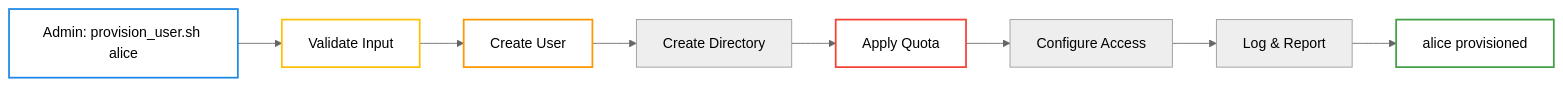
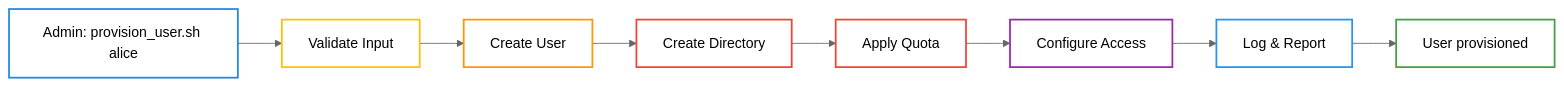
One commit to aaronwittchen/Automated-Storage-Provisioning-Tool changed the fifth of 7 diagrams in docs/architecture.md. Above: the diagram before and after it, drawn with Mermaid (neutral theme). The commit also changed other lines of this file, not shown here.

First line of the commit message:
Refactor architecture documentation for clarity

````diff
--- a/docs/architecture.md
+++ b/docs/architecture.md
@@ -329,16 +270,19 @@
 ```mermaid
 graph LR
     A["Admin: provision_user.sh alice"] --> B["Validate Input"]
     B --> C["Create User"]
     C --> D["Create Directory"]
     D --> E["Apply Quota"]
     E --> F["Configure Access"]
     F --> G["Log & Report"]
-    G --> H["alice provisioned"]
+    G --> H["User provisioned"]
     
     style A stroke:#1e88e5,stroke-width:2px,fill:none
-    style H stroke:#43a047,stroke-width:2px,fill:none
     style B stroke:#ffc107,stroke-width:2px,fill:none
     style C stroke:#ff9800,stroke-width:2px,fill:none
+    style D stroke:#f44336,stroke-width:2px,fill:none
     style E stroke:#f44336,stroke-width:2px,fill:none
+    style F stroke:#9c27b0,stroke-width:2px,fill:none
+    style G stroke:#2196f3,stroke-width:2px,fill:none
+    style H stroke:#43a047,stroke-width:2px,fill:none
 ```
````
